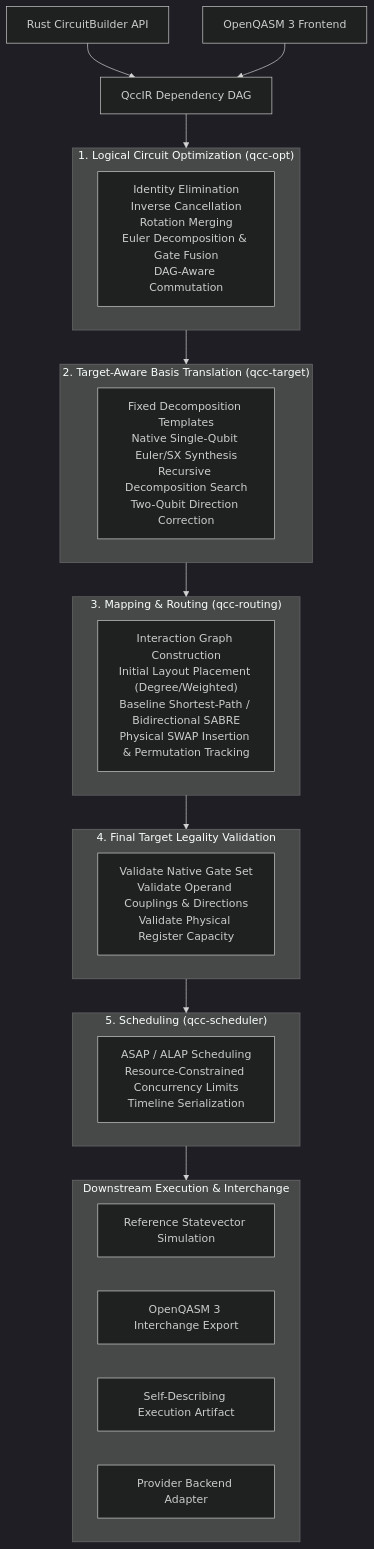
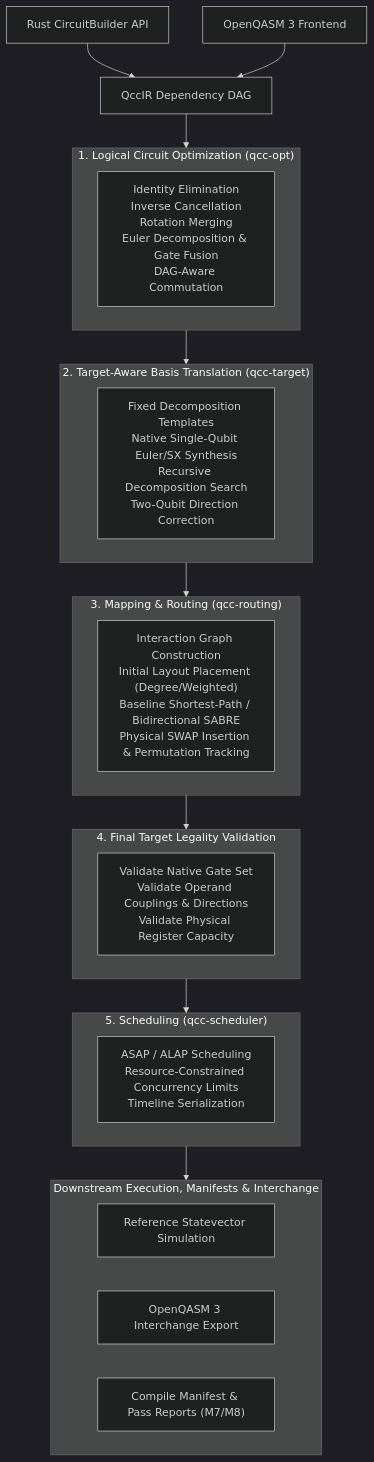
The diagram in docs/03-compilation-pipeline.md (000jitendra000/QCC_Quantum_Circuit_Compiler), drawn with Mermaid (dark theme) before and after one commit. The commit also changed 23 other files, not shown here.

Commit message:
docs: synchronize repository docs, roadmap, and agent instructions with v3.1

````diff
--- a/docs/03-compilation-pipeline.md
+++ b/docs/03-compilation-pipeline.md
@@ -7,39 +7,38 @@
 ```mermaid
 flowchart TD
     In1["Rust CircuitBuilder API"] --> QccIR["QccIR Dependency DAG"]
     In2["OpenQASM 3 Frontend"] --> QccIR
 
     subgraph Pass1["1. Logical Circuit Optimization (qcc-opt)"]
         Opt["Identity Elimination\nInverse Cancellation\nRotation Merging\nEuler Decomposition & Gate Fusion\nDAG-Aware Commutation"]
     end
 
     subgraph Pass2["2. Target-Aware Basis Translation (qcc-target)"]
         Trans["Fixed Decomposition Templates\nNative Single-Qubit Euler/SX Synthesis\nRecursive Decomposition Search\nTwo-Qubit Direction Correction"]
     end
 
     subgraph Pass3["3. Mapping & Routing (qcc-routing)"]
         Route["Interaction Graph Construction\nInitial Layout Placement (Degree/Weighted)\nBaseline Shortest-Path / Bidirectional SABRE\nPhysical SWAP Insertion & Permutation Tracking"]
     end
 
     subgraph Pass4["4. Final Target Legality Validation"]
         Legal["Validate Native Gate Set\nValidate Operand Couplings & Directions\nValidate Physical Register Capacity"]
     end
 
     subgraph Pass5["5. Scheduling (qcc-scheduler)"]
         Sched["ASAP / ALAP Scheduling\nResource-Constrained Concurrency Limits\nTimeline Serialization"]
     end
 
-    subgraph Outputs["Downstream Execution & Interchange"]
+    subgraph Outputs["Downstream Execution, Manifests & Interchange"]
         Sim["Reference Statevector Simulation"]
         Export["OpenQASM 3 Interchange Export"]
-        Artifact["Self-Describing Execution Artifact"]
-        Remote["Provider Backend Adapter"]
+        Manifest["Compile Manifest & Pass Reports (M7/M8)"]
     end
 
     QccIR --> Pass1
     Pass1 --> Pass2
     Pass2 --> Pass3
     Pass3 --> Pass4
     Pass4 --> Pass5
     Pass5 --> Outputs
 ```
````
